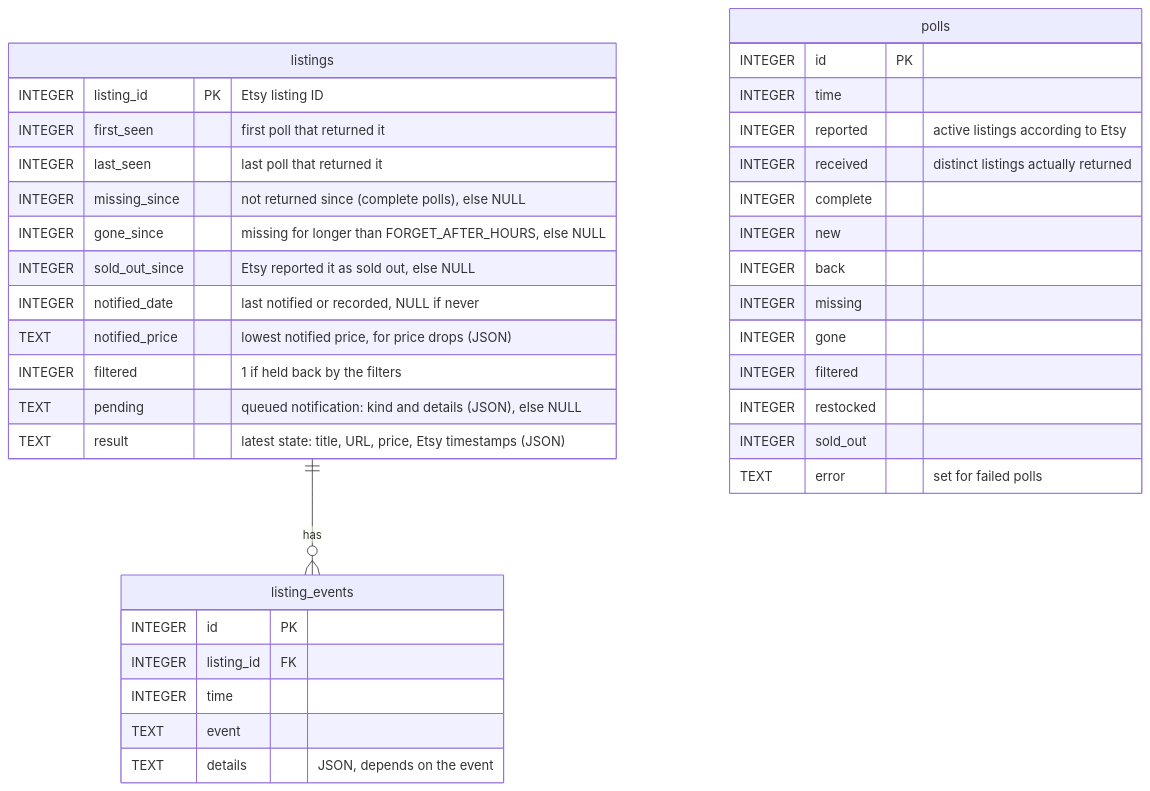
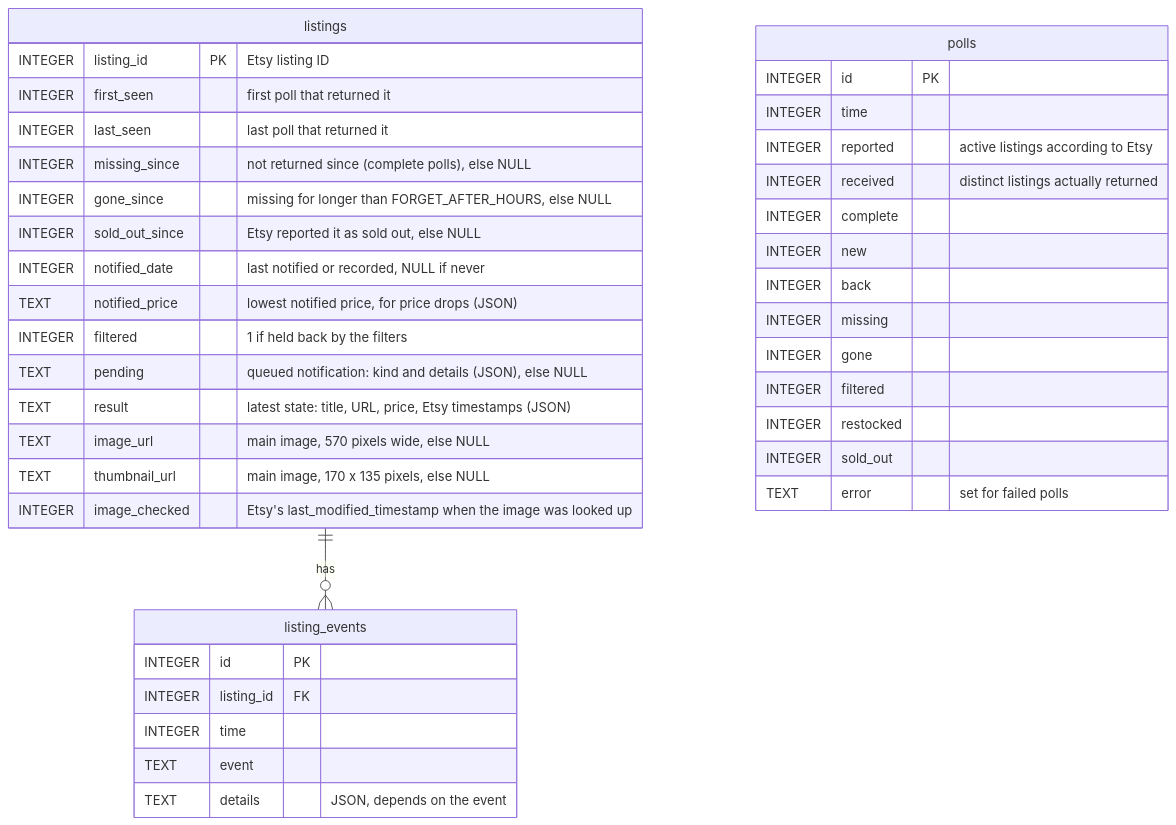
The diagram in docs/architecture.md (spielkind/shop-notify), drawn with Mermaid before and after one commit. The commit also changed other lines of this file and 40 other files, not shown here.

````diff
--- a/docs/architecture.md
+++ b/docs/architecture.md
@@ -90,39 +92,42 @@
 ```mermaid
 erDiagram
     listings ||--o{ listing_events : has
     listings {
         INTEGER listing_id PK "Etsy listing ID"
         INTEGER first_seen "first poll that returned it"
         INTEGER last_seen "last poll that returned it"
         INTEGER missing_since "not returned since (complete polls), else NULL"
         INTEGER gone_since "missing for longer than FORGET_AFTER_HOURS, else NULL"
         INTEGER sold_out_since "Etsy reported it as sold out, else NULL"
         INTEGER notified_date "last notified or recorded, NULL if never"
         TEXT notified_price "lowest notified price, for price drops (JSON)"
         INTEGER filtered "1 if held back by the filters"
         TEXT pending "queued notification: kind and details (JSON), else NULL"
         TEXT result "latest state: title, URL, price, Etsy timestamps (JSON)"
+        TEXT image_url "main image, 570 pixels wide, else NULL"
+        TEXT thumbnail_url "main image, 170 x 135 pixels, else NULL"
+        INTEGER image_checked "Etsy's last_modified_timestamp when the image was looked up"
     }
     listing_events {
         INTEGER id PK
         INTEGER listing_id FK
         INTEGER time
         TEXT event
         TEXT details "JSON, depends on the event"
     }
     polls {
         INTEGER id PK
         INTEGER time
         INTEGER reported "active listings according to Etsy"
         INTEGER received "distinct listings actually returned"
         INTEGER complete
         INTEGER new
         INTEGER back
         INTEGER missing
         INTEGER gone
         INTEGER filtered
         INTEGER restocked
         INTEGER sold_out
         TEXT error "set for failed polls"
     }
 ```
````
